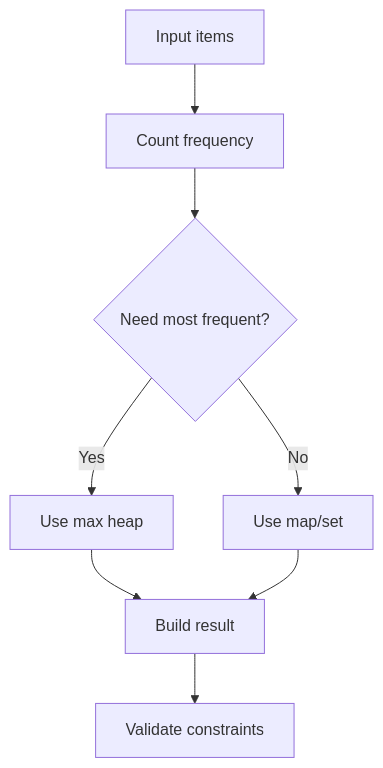
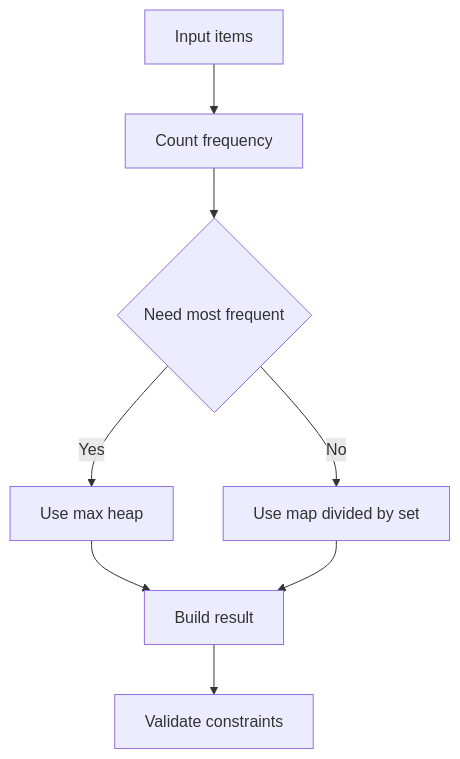
The tenth of 25 diagrams in CP_DSA_NOTES/002_CONCEPT_FRAMEWORK_FORMS_TATICS/011_CONTRUCTIVE_ALGORITHMS_CFFT.md (mthaiseer/springcloud-systemdesign-notes), drawn with Mermaid before and after one commit. The commit also changed other lines of this file and 1 other file, not shown here.

````diff
--- a/CP_DSA_NOTES/002_CONCEPT_FRAMEWORK_FORMS_TATICS/011_CONTRUCTIVE_ALGORITHMS_CFFT.md
+++ b/CP_DSA_NOTES/002_CONCEPT_FRAMEWORK_FORMS_TATICS/011_CONTRUCTIVE_ALGORITHMS_CFFT.md
@@ -691,10 +686,10 @@
 ```mermaid
 flowchart TD
-    A[Input items] --> B[Count frequency]
-    B --> C{Need most frequent?}
-    C -->|Yes| D[Use max heap]
-    C -->|No| E[Use map/set]
-    D --> F[Build result]
+    A["Input items"] --> B["Count frequency"]
+    B --> C{"Need most frequent"}
+    C -->|Yes| D["Use max heap"]
+    C -->|No| E["Use map divided by set"]
+    D --> F["Build result"]
     E --> F
-    F --> G[Validate constraints]
+    F --> G["Validate constraints"]
 ```
````
